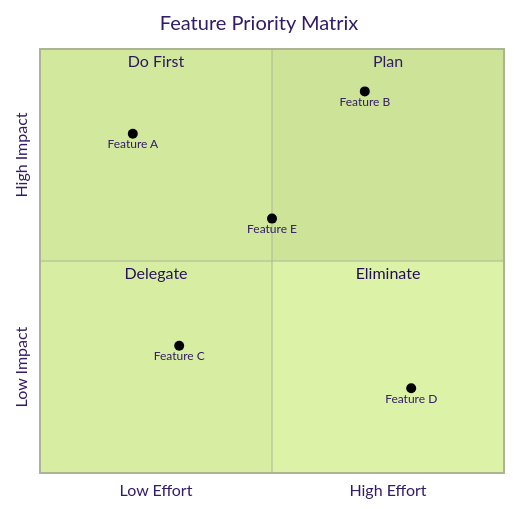
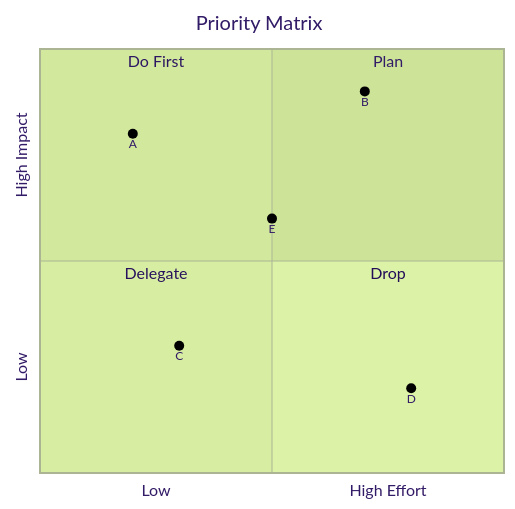
Diagram 25 of 44 in docs/demos/mermaid-diagrams.md (mickdarling/merview), drawn with Mermaid (forest theme) before and after one commit. The commit also changed other lines of this file, not shown here.

First line of the commit message:
fix: Improve quadrant chart labels and update timeline accuracy

````diff
--- a/docs/demos/mermaid-diagrams.md
+++ b/docs/demos/mermaid-diagrams.md
@@ -550,16 +550,16 @@
 ```mermaid
 quadrantChart
-    title Feature Priority Matrix
-    x-axis Low Effort --> High Effort
-    y-axis Low Impact --> High Impact
+    title Priority Matrix
+    x-axis Low --> High Effort
+    y-axis Low --> High Impact
     quadrant-1 Plan
     quadrant-2 Do First
     quadrant-3 Delegate
-    quadrant-4 Eliminate
+    quadrant-4 Drop
 
-    Feature A: [0.2, 0.8]
-    Feature B: [0.7, 0.9]
-    Feature C: [0.3, 0.3]
-    Feature D: [0.8, 0.2]
-    Feature E: [0.5, 0.6]
+    A: [0.2, 0.8]
+    B: [0.7, 0.9]
+    C: [0.3, 0.3]
+    D: [0.8, 0.2]
+    E: [0.5, 0.6]
 ```
````
